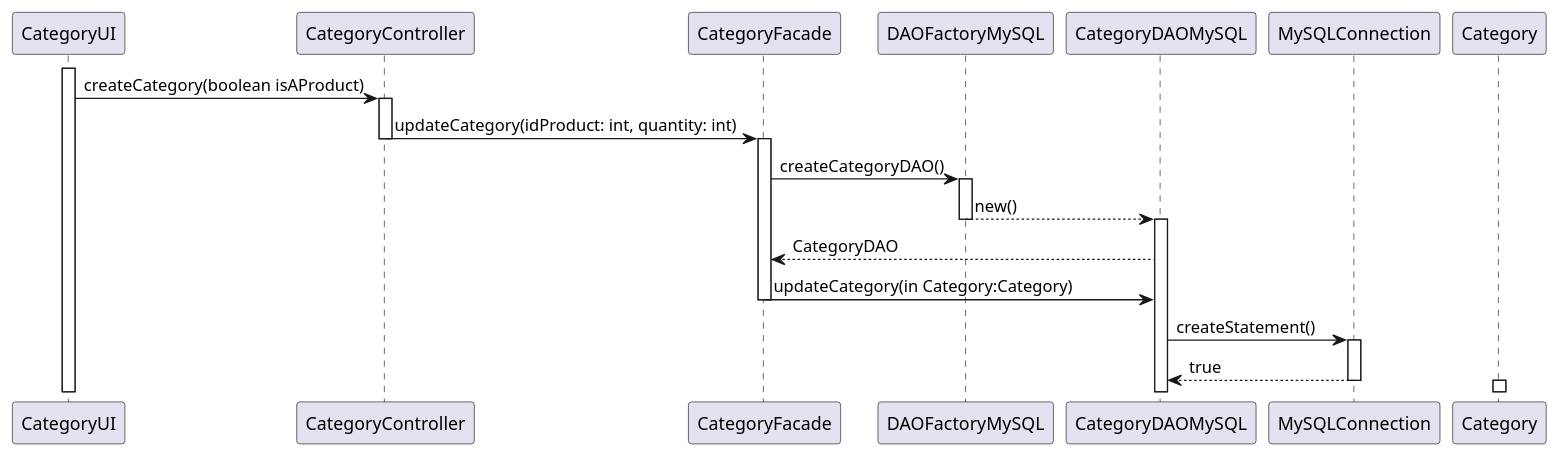
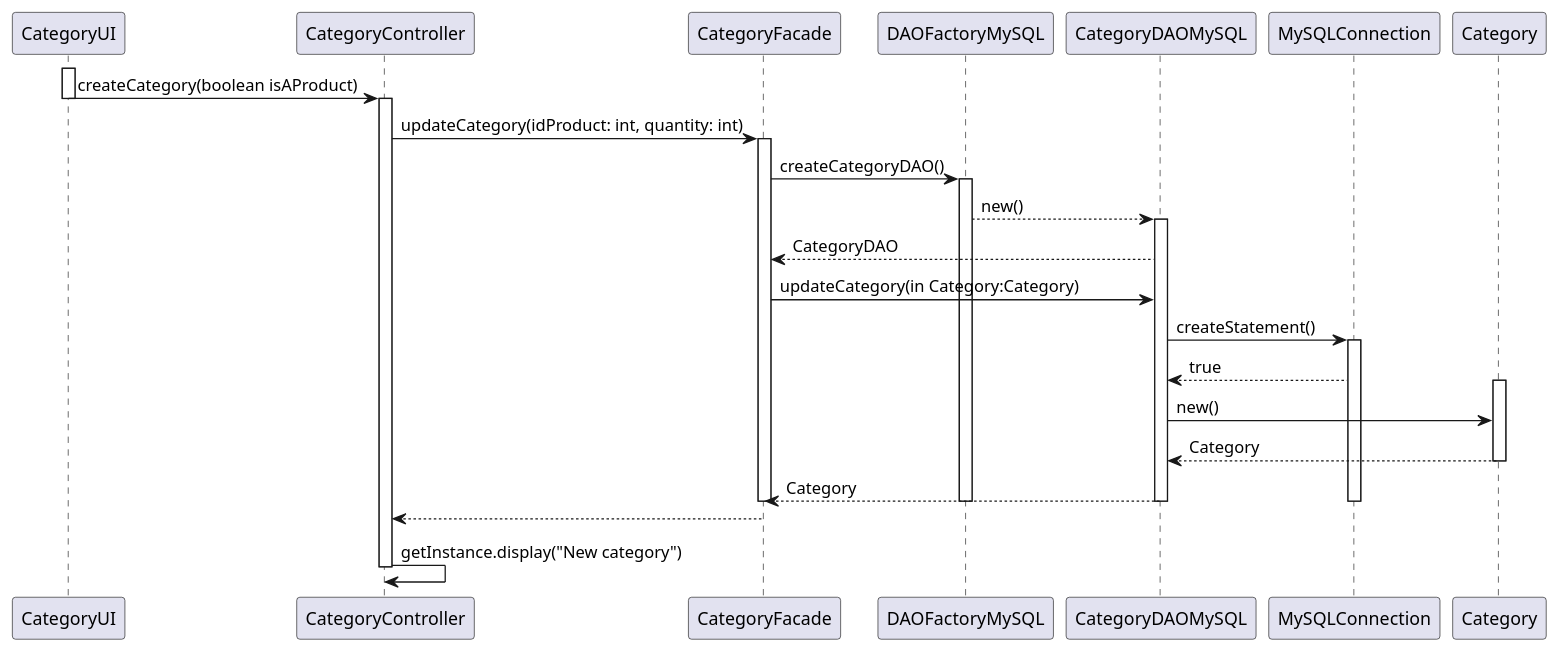
The diagram in Diagramms/CategorySequenceDiagram.puml (aymericCOUPRIE/Mercat), drawn with PlantUML before and after one commit. The commit also changed 1 other file, not shown here.

Commit message:
Modifications CategorySequenceDiagram

```diff
--- a/Diagramms/CategorySequenceDiagram.puml
+++ b/Diagramms/CategorySequenceDiagram.puml
@@ -1,23 +1,31 @@
 @startuml
 activate CategoryUI
 CategoryUI -> CategoryController : createCategory(boolean isAProduct)
+deactivate CategoryUI
 activate CategoryController
 CategoryController -> CategoryFacade : updateCategory(idProduct: int, quantity: int)
-deactivate CategoryController
 activate CategoryFacade
 CategoryFacade -> DAOFactoryMySQL : createCategoryDAO()
 activate DAOFactoryMySQL
 DAOFactoryMySQL --> CategoryDAOMySQL: new()
-deactivate DAOFactoryMySQL
 activate CategoryDAOMySQL
 CategoryDAOMySQL --> CategoryFacade: CategoryDAO
 CategoryFacade -> CategoryDAOMySQL : updateCategory(in Category:Category)
-deactivate CategoryFacade
 CategoryDAOMySQL -> MySQLConnection : createStatement()
 activate MySQLConnection
 MySQLConnection --> CategoryDAOMySQL: true
+activate Category
+CategoryDAOMySQL -> Category : new()
+Category --> CategoryDAOMySQL : Category
+deactivate Category
+CategoryDAOMySQL --> CategoryFacade : Category
+deactivate DAOFactoryMySQL
+deactivate CategoryFacade
+deactivate CategoryDAOMySQL
 deactivate MySQLConnection
-activate Category
+CategoryFacade --> CategoryController
+CategoryController -> CategoryController : getInstance.display("New category")
+deactivate CategoryController
 deactivate Category
 deactivate CategoryFacade
 @enduml
```
